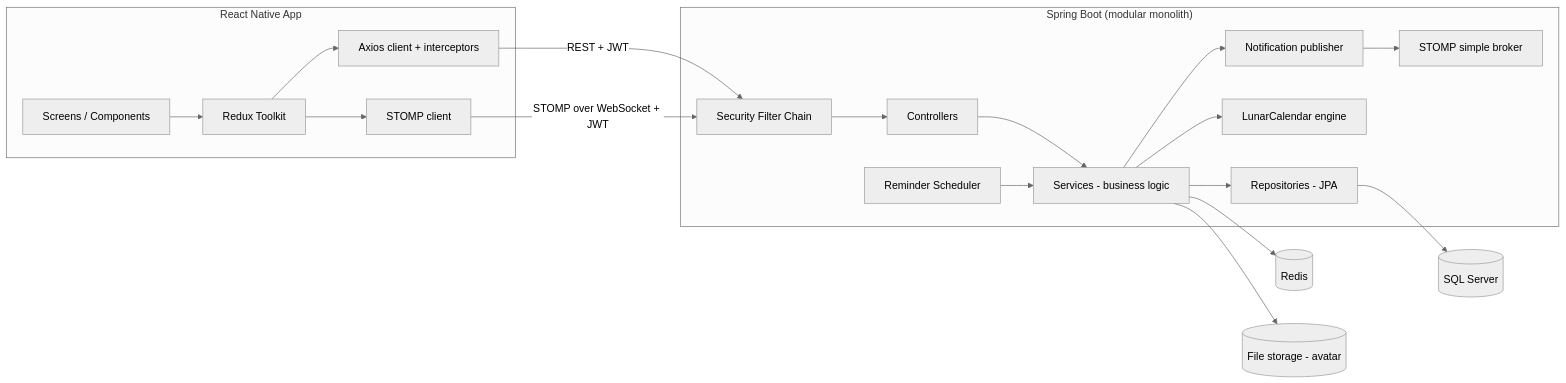
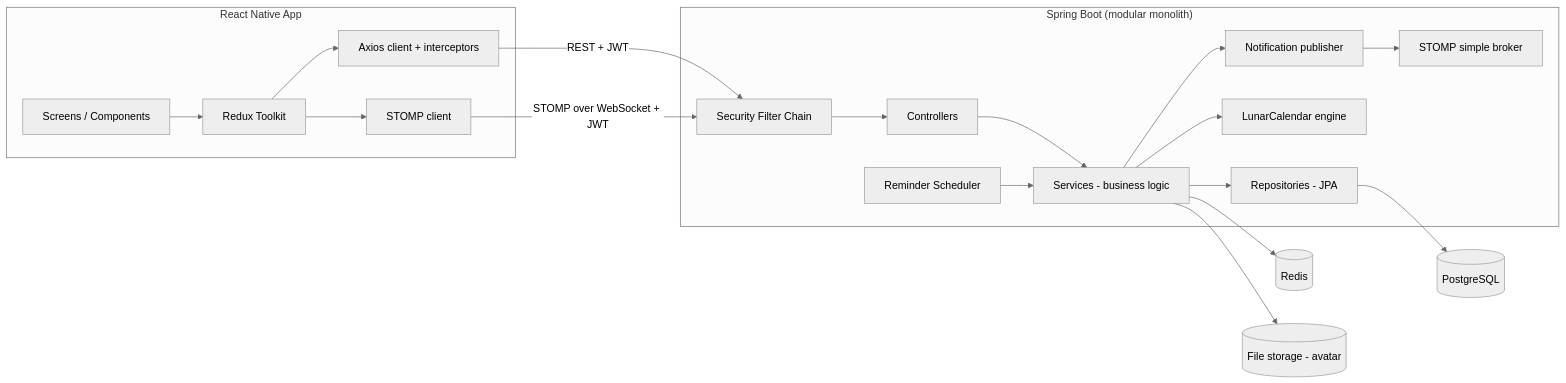
One commit to nguyenhieudocla123a-ux/famora2026 changed the first of 2 diagrams in docs/phase-1-architecture.md. Above: the diagram before and after it, drawn with Mermaid (neutral theme). The commit also changed other lines of this file and 143 other files, not shown here.

````diff
--- a/docs/phase-1-architecture.md
+++ b/docs/phase-1-architecture.md
@@ -81,25 +81,25 @@
 ```mermaid
 flowchart LR
     subgraph Mobile["React Native App"]
         UI[Screens / Components] --> Store[Redux Toolkit]
         Store --> API[Axios client + interceptors]
         Store --> WS[STOMP client]
     end
 
     API -- "REST + JWT" --> GW
     WS -- "STOMP over WebSocket + JWT" --> GW
 
     subgraph Backend["Spring Boot (modular monolith)"]
         GW[Security Filter Chain] --> C[Controllers]
         C --> S[Services - business logic]
         S --> R[Repositories - JPA]
         S --> L[LunarCalendar engine]
         SCH[Reminder Scheduler] --> S
         S --> N[Notification publisher]
         N --> BRK[STOMP simple broker]
     end
 
-    R --> DB[(SQL Server)]
+    R --> DB[(PostgreSQL)]
     S --> RD[(Redis)]
     S --> FS[(File storage - avatar)]
 ```
````
